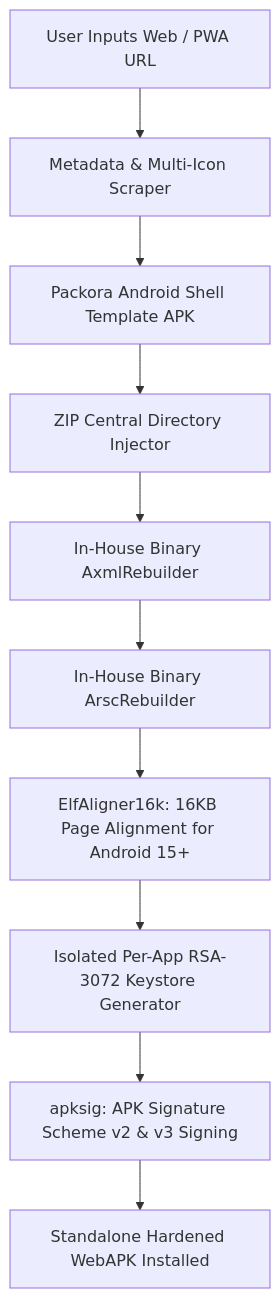
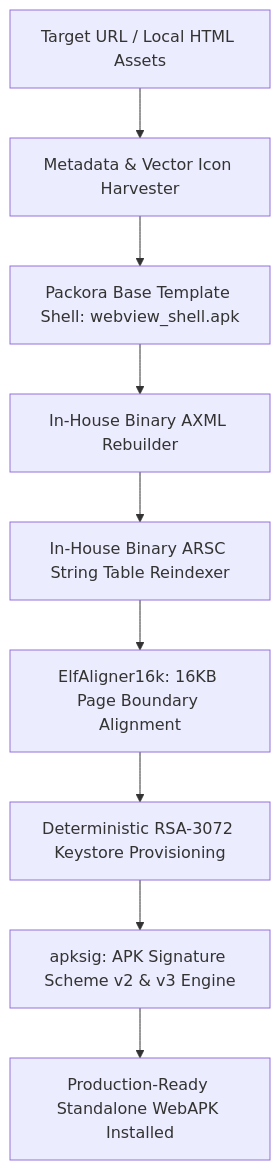
One commit to Maheswara660/Packora changed the diagram in README.md. Above: the diagram before and after it, drawn with Mermaid. The commit also changed other lines of this file and 63 other files, not shown here.

````diff
--- a/README.md
+++ b/README.md
@@ -90,12 +70,11 @@
 ```mermaid
 graph TD
-    A[User Inputs Web / PWA URL] --> B[Metadata & Multi-Icon Scraper]
-    B --> C[Packora Android Shell Template APK]
-    C --> D[ZIP Central Directory Injector]
-    D --> E[In-House Binary AxmlRebuilder]
-    E --> F[In-House Binary ArscRebuilder]
-    F --> G[ElfAligner16k: 16KB Page Alignment for Android 15+]
-    G --> H[Isolated Per-App RSA-3072 Keystore Generator]
-    H --> I[apksig: APK Signature Scheme v2 & v3 Signing]
-    I --> J[Standalone Hardened WebAPK Installed]
+    A[Target URL / Local HTML Assets] --> B[Metadata & Vector Icon Harvester]
+    B --> C[Packora Base Template Shell: webview_shell.apk]
+    C --> D[In-House Binary AXML Rebuilder]
+    D --> E[In-House Binary ARSC String Table Reindexer]
+    E --> F[ElfAligner16k: 16KB Page Boundary Alignment]
+    F --> G[Deterministic RSA-3072 Keystore Provisioning]
+    G --> H[apksig: APK Signature Scheme v2 & v3 Engine]
+    H --> I[Production-Ready Standalone WebAPK Installed]
 ```
````
